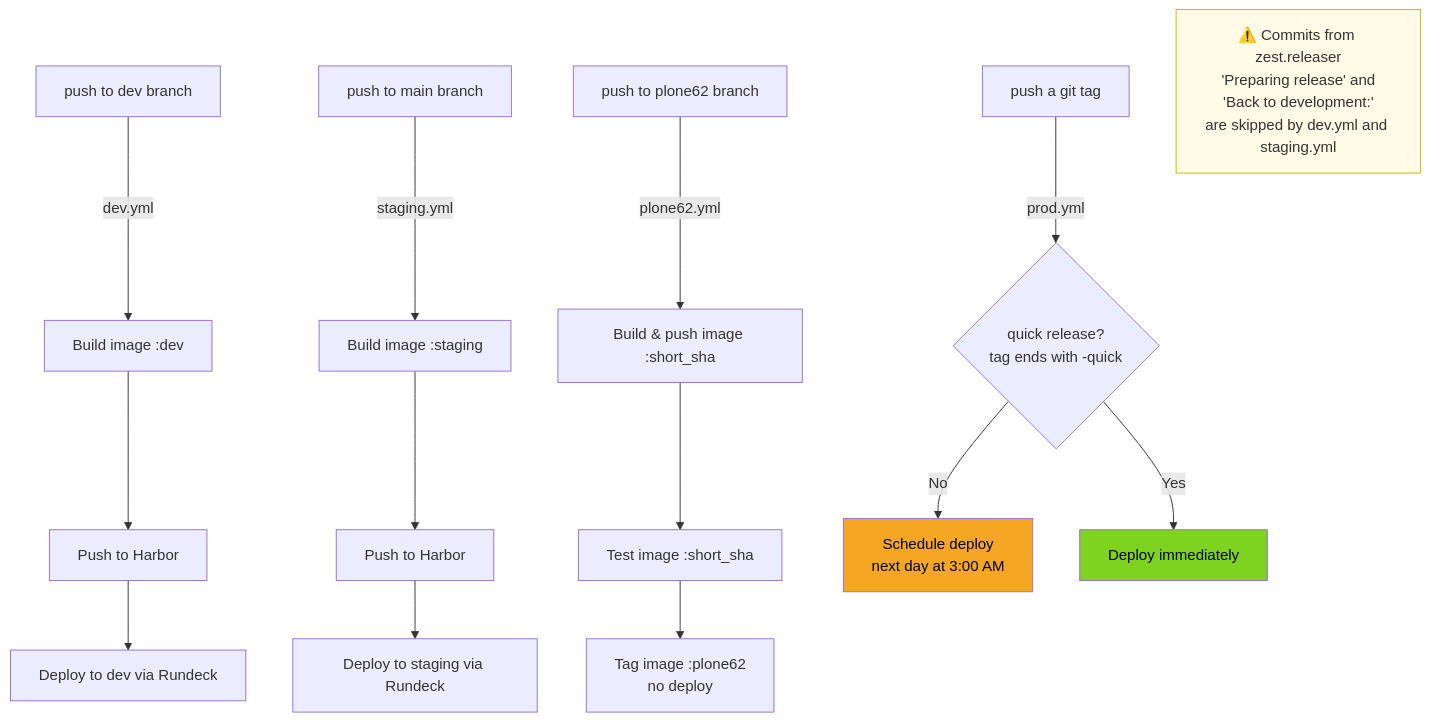
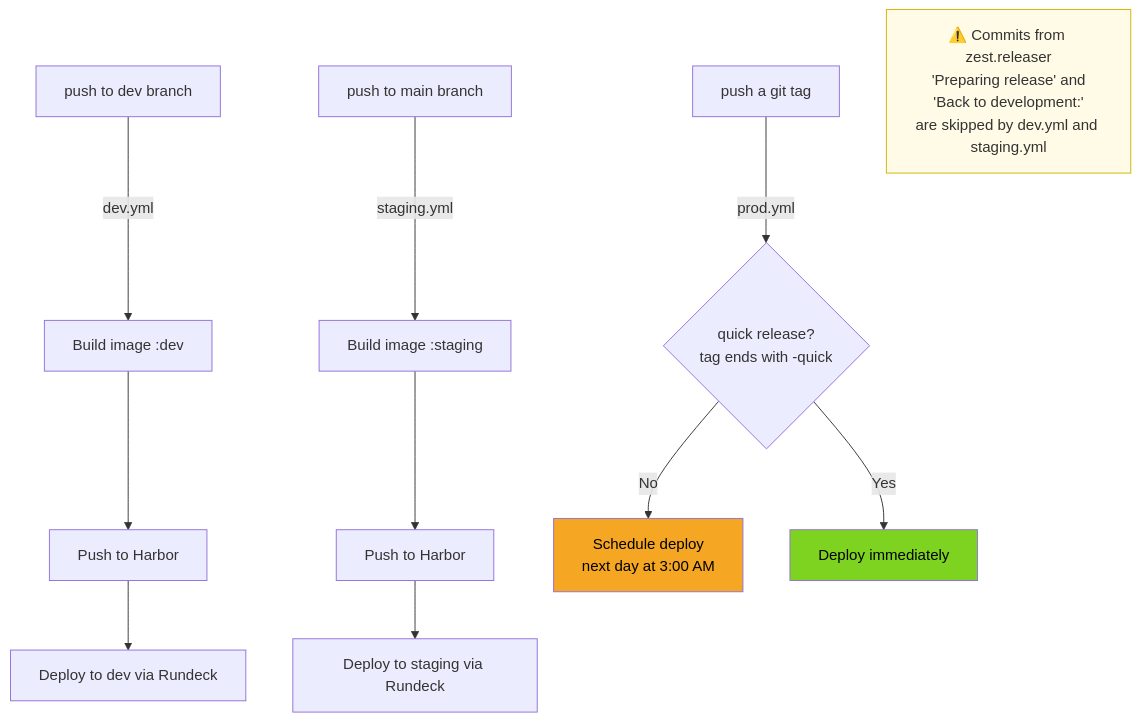
Before and after one commit to IMIO/buildout.news: the first of 4 diagrams in .github/workflows/README.md, drawn with Mermaid. The commit also changed other lines of this file and 3 other files, not shown here.

First line of the commit message:
WEB-4533 : Remove plone62.yml, plone62 is merged into main [skip ci]

````diff
--- a/.github/workflows/README.md
+++ b/.github/workflows/README.md
@@ -15,24 +15,20 @@
 ```mermaid
 flowchart TD
     A[push to dev branch] -->|dev.yml| B[Build image :dev]
     B --> C[Push to Harbor]
     C --> D[Deploy to dev via Rundeck]
 
     E[push to main branch] -->|staging.yml| F[Build image :staging]
     F --> G[Push to Harbor]
     G --> H[Deploy to staging via Rundeck]
-
-    P[push to plone62 branch] -->|plone62.yml| Q[Build & push image :short_sha]
-    Q --> T[Test image :short_sha]
-    T --> R[Tag image :plone62\nno deploy]
 
     I[push a git tag] -->|prod.yml| J{quick release?\ntag ends with -quick}
     J -- No --> K[Schedule deploy\nnext day at 3:00 AM]
     J -- Yes --> L[Deploy immediately]
 
     style K fill:#f5a623,color:#000
     style L fill:#7ed321,color:#000
 
     note1[" ⚠️ Commits from zest.releaser\n'Preparing release' and\n'Back to development:'\nare skipped by dev.yml and staging.yml"]
     style note1 fill:#fffbe6,stroke:#d4b300,color:#333
 ```
````
